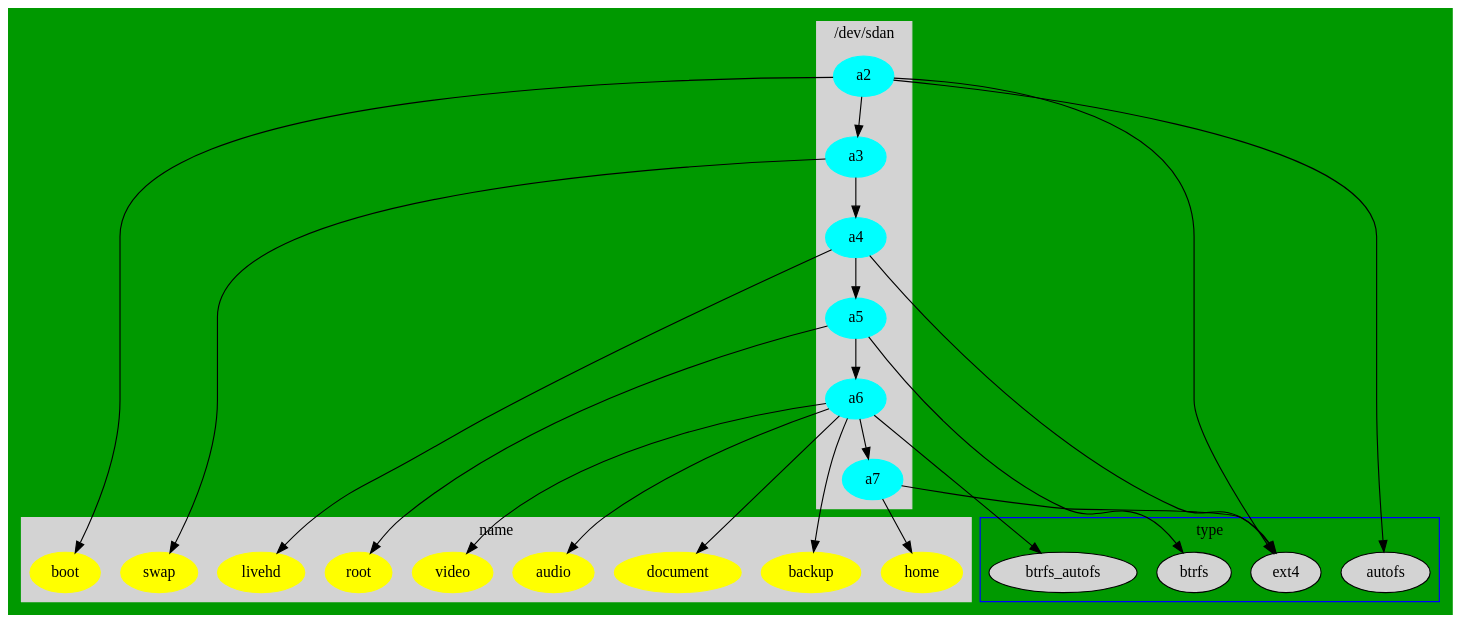
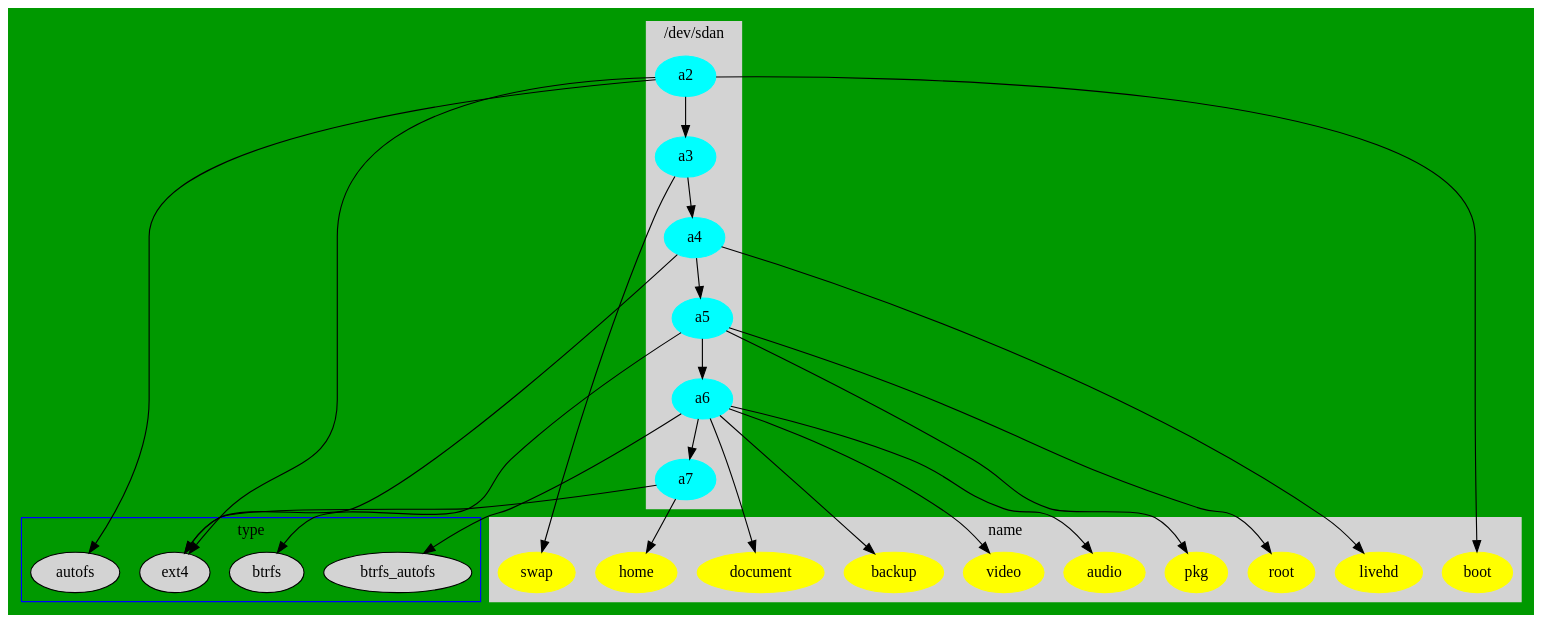
One commit to cdede/dotfiles changed the diagram in dot/.config/dupl/parted.dot. Above: the diagram before and after it, drawn with Graphviz. The commit also changed 1 other file, not shown here.

Commit message:
add subv pkg

```diff
--- a/dot/.config/dupl/parted.dot
+++ b/dot/.config/dupl/parted.dot
@@ -1,53 +1,55 @@
 // dot -Tpng  parted.dot -o line1.png
 digraph G {
   bgcolor ="#009900";
 
 	subgraph cluster_0 {
 		style=filled;
 		color=lightgrey;
 		node [style=filled,color=cyan];
 		a2 -> a3 -> a4 -> a5->a6->a7;
 		label = "/dev/sdan";
 	}
 
 	subgraph cluster_1 {
 		node [style=filled];
 		btrfs;
                 ext4;
                 autofs;
                 btrfs_autofs;
 		label = "type";
 		color=blue
 	}
 	subgraph cluster_2 {
 		style=filled;
 		color=lightgrey;
 		node [style=filled,color=yellow];
 		boot;
 		backup;
                 livehd;
 		root ;
+                pkg;  //  /var/cache/pacman/pkg
 		swap;
 		home;
                 video;
                 audio;
                 document;
 		label = "name";
 	}
 
 	a2 -> boot;
 	a2 -> ext4;
 	a2 -> autofs;
         a3 -> swap ;
         a4 ->livehd;
         a4 ->ext4;
         a5 -> root ;
+        a5 -> pkg ;
 	a5 -> btrfs;
 	a6 -> btrfs_autofs;
         a6 ->backup;
         a6 ->audio;
         a6 ->video;
         a6 ->document;
         a7 -> ext4;
         a7 -> home;
 }
```
